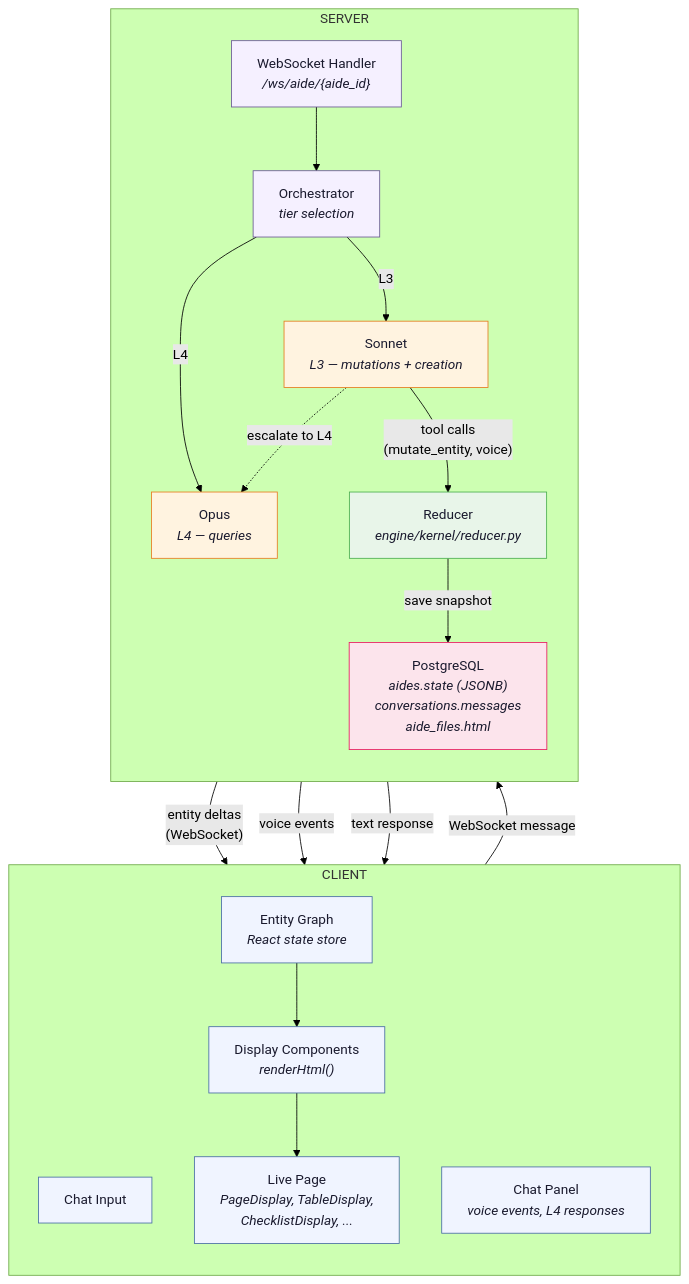
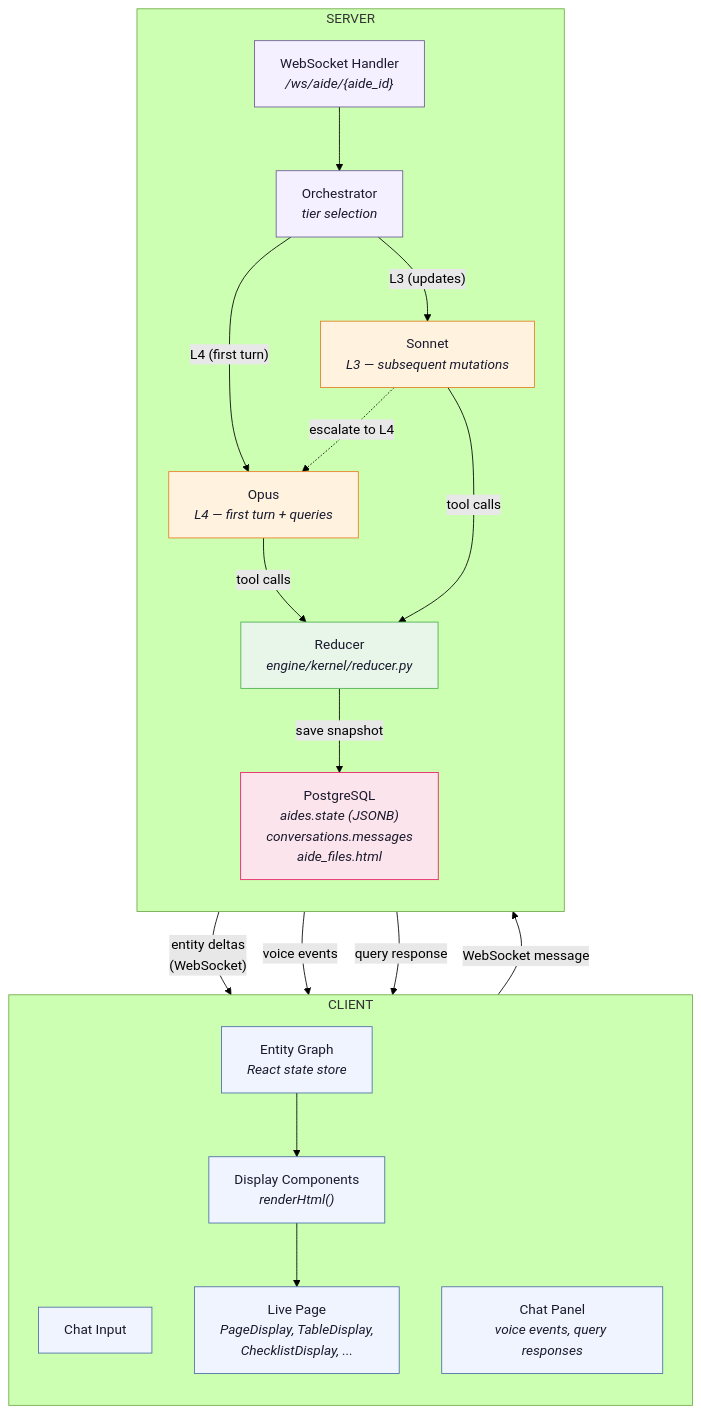
Before and after one commit to zcancio/aide: the diagram in docs/eng_design/aide_v2_architecture.mermaid, drawn with Mermaid (forest theme). The commit also changed 6 other files, not shown here.

First line of the commit message:
docs: clarify L4 routes first turn and can make tool calls

```diff
--- a/docs/eng_design/aide_v2_architecture.mermaid
+++ b/docs/eng_design/aide_v2_architecture.mermaid
@@ -1,50 +1,51 @@
 graph TD
     subgraph CLIENT["CLIENT"]
         direction TB
         INPUT["Chat Input"]
-        CHAT["Chat Panel<br/><i>voice events, L4 responses</i>"]
+        CHAT["Chat Panel<br/><i>voice events, query responses</i>"]
         GRAPH["Entity Graph<br/><i>React state store</i>"]
         RENDERER["Display Components<br/><i>renderHtml()</i>"]
         PAGE["Live Page<br/><i>PageDisplay, TableDisplay,<br/>ChecklistDisplay, ...</i>"]
 
         GRAPH --> RENDERER
         RENDERER --> PAGE
     end
 
     subgraph SERVER["SERVER"]
         direction TB
         WS["WebSocket Handler<br/><i>/ws/aide/{aide_id}</i>"]
         ORCH["Orchestrator<br/><i>tier selection</i>"]
 
-        SONNET["Sonnet<br/><i>L3 — mutations + creation</i>"]
-        OPUS["Opus<br/><i>L4 — queries</i>"]
+        OPUS["Opus<br/><i>L4 — first turn + queries</i>"]
+        SONNET["Sonnet<br/><i>L3 — subsequent mutations</i>"]
 
         REDUCER["Reducer<br/><i>engine/kernel/reducer.py</i>"]
         DB["PostgreSQL<br/><i>aides.state (JSONB)<br/>conversations.messages<br/>aide_files.html</i>"]
 
         WS --> ORCH
-        ORCH -->|"L3"| SONNET
-        ORCH -->|"L4"| OPUS
+        ORCH -->|"L4 (first turn)"| OPUS
+        ORCH -->|"L3 (updates)"| SONNET
 
-        SONNET -->|"tool calls<br/>(mutate_entity, voice)"| REDUCER
+        OPUS -->|"tool calls"| REDUCER
+        SONNET -->|"tool calls"| REDUCER
         SONNET -.->|"escalate to L4"| OPUS
 
         REDUCER -->|"save snapshot"| DB
     end
 
     INPUT -->|"WebSocket message"| WS
     REDUCER -->|"entity deltas<br/>(WebSocket)"| GRAPH
     REDUCER -->|"voice events"| CHAT
-    OPUS -->|"text response"| CHAT
+    OPUS -->|"query response"| CHAT
 
     classDef client fill:#f0f4ff,stroke:#4a6fa5,color:#1a1a2e
     classDef server fill:#f5f0ff,stroke:#6b5b95,color:#1a1a2e
     classDef llm fill:#fff3e0,stroke:#e67e22,color:#1a1a2e
     classDef pipeline fill:#e8f5e9,stroke:#4caf50,color:#1a1a2e
     classDef storage fill:#fce4ec,stroke:#e91e63,color:#1a1a2e
 
     class INPUT,CHAT,GRAPH,RENDERER,PAGE client
     class WS,ORCH server
     class SONNET,OPUS llm
     class REDUCER pipeline
     class DB storage
```
